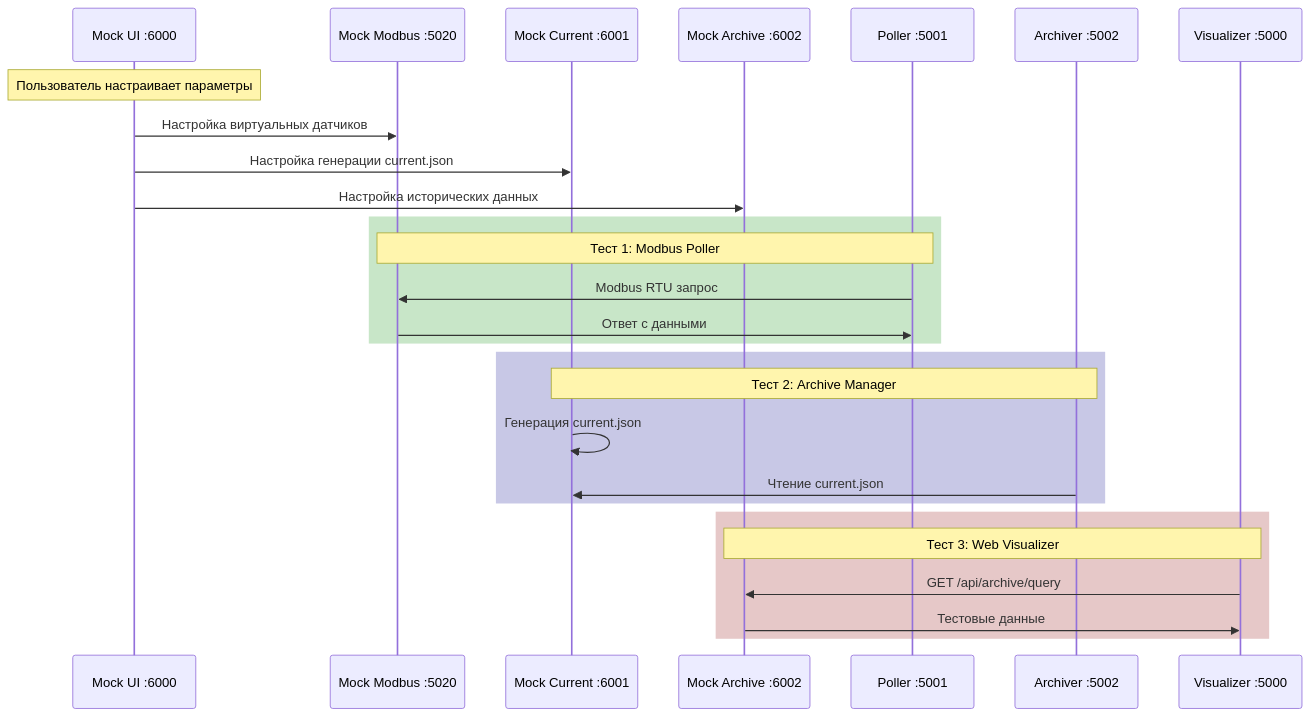
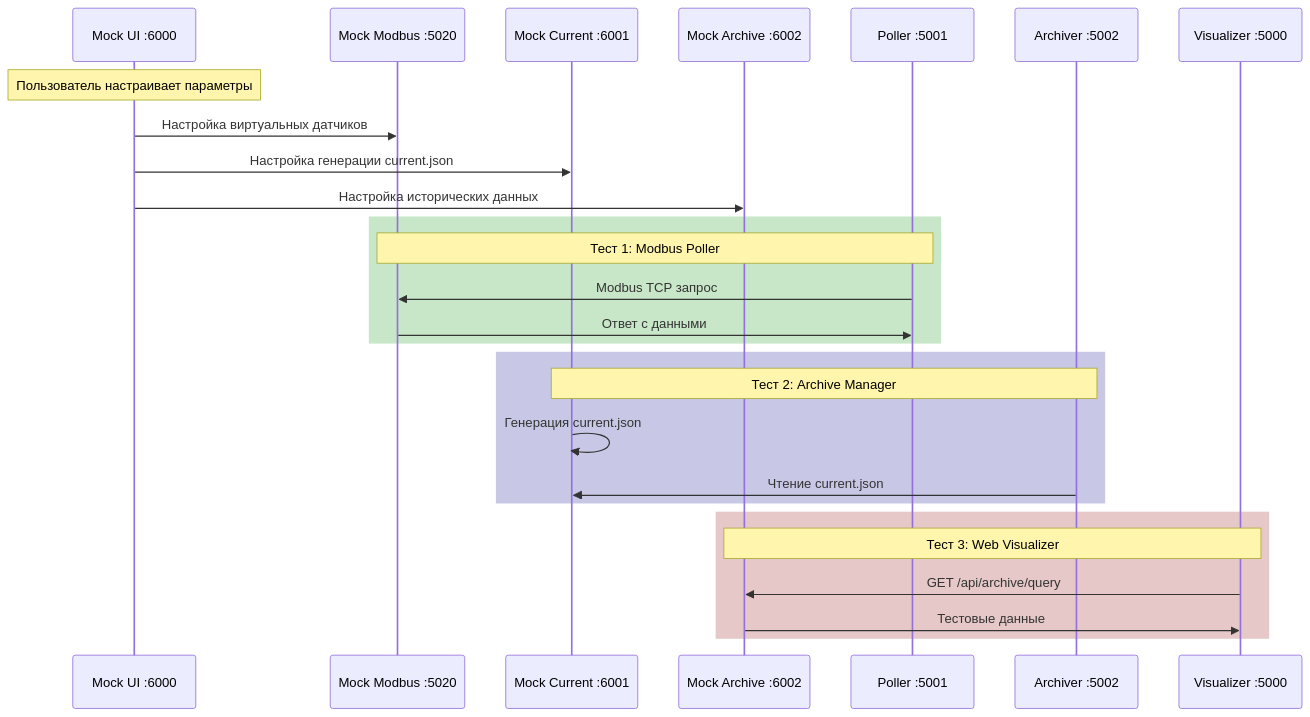
Before and after one commit to goreliy/-_-: the second of 2 diagrams in MocTestServer/ТЗ Система тестовых входных данных.md, drawn with Mermaid. The commit also changed other lines of this file and 62 other files, not shown here.

````diff
--- a/MocTestServer/ТЗ Система тестовых входных данных.md
+++ b/MocTestServer/ТЗ Система тестовых входных данных.md
@@ -93,34 +93,34 @@
 ```mermaid
 sequenceDiagram
     participant UI as Mock UI :6000
     participant M as Mock Modbus :5020
     participant C as Mock Current :6001
     participant A as Mock Archive :6002
     participant P as Poller :5001
     participant AR as Archiver :5002
     participant V as Visualizer :5000
     
     Note over UI: Пользователь настраивает параметры
     
     UI->>M: Настройка виртуальных датчиков
     UI->>C: Настройка генерации current.json
     UI->>A: Настройка исторических данных
     
     rect rgb(200, 230, 200)
         Note over M,P: Тест 1: Modbus Poller
-        P->>M: Modbus RTU запрос
+        P->>M: Modbus TCP запрос
         M->>P: Ответ с данными
     end
     
     rect rgb(200, 200, 230)
         Note over C,AR: Тест 2: Archive Manager
         C->>C: Генерация current.json
         AR->>C: Чтение current.json
     end
     
     rect rgb(230, 200, 200)
         Note over A,V: Тест 3: Web Visualizer
         V->>A: GET /api/archive/query
         A->>V: Тестовые данные
     end
 ```
````
